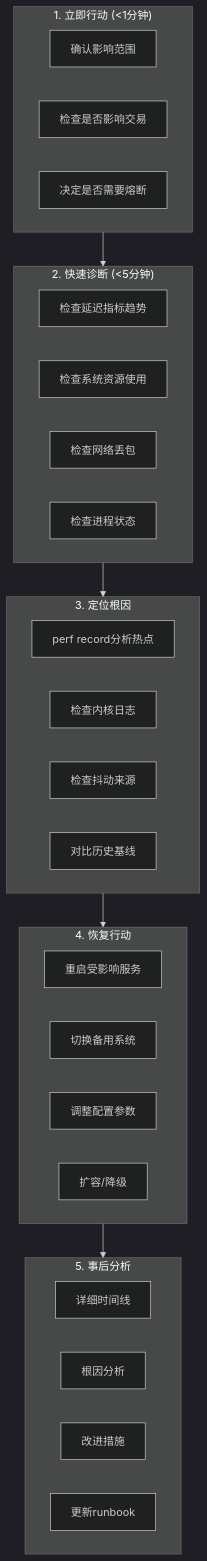
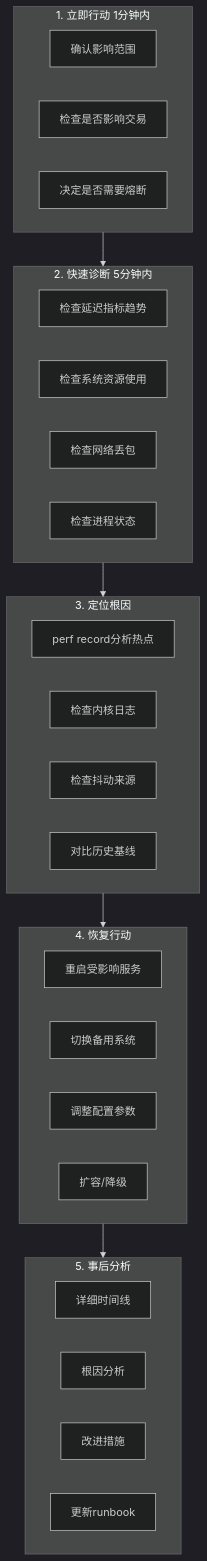
One commit to jpixy/jpixy.github.io changed the diagram in content/articles/sre/sre-60-低延迟系统运维指南.md. Above: the diagram before and after it, drawn with Mermaid (dark theme). The commit also changed 66 other files, not shown here.

Commit message:
fix: resolve Mermaid syntax errors by removing parentheses in node labels

````diff
--- a/content/articles/sre/sre-60-低延迟系统运维指南.md
+++ b/content/articles/sre/sre-60-低延迟系统运维指南.md
@@ -899,38 +899,38 @@
 ```mermaid
 graph TB
-    subgraph P1["1. 立即行动 (<1分钟)"]
+    subgraph P1["1. 立即行动 1分钟内"]
         A1["确认影响范围"]
         A2["检查是否影响交易"]
         A3["决定是否需要熔断"]
     end
     
-    subgraph P2["2. 快速诊断 (<5分钟)"]
+    subgraph P2["2. 快速诊断 5分钟内"]
         B1["检查延迟指标趋势"]
         B2["检查系统资源使用"]
         B3["检查网络丢包"]
         B4["检查进程状态"]
     end
     
     subgraph P3["3. 定位根因"]
         C1["perf record分析热点"]
         C2["检查内核日志"]
         C3["检查抖动来源"]
         C4["对比历史基线"]
     end
     
     subgraph P4["4. 恢复行动"]
         D1["重启受影响服务"]
         D2["切换备用系统"]
         D3["调整配置参数"]
         D4["扩容/降级"]
     end
     
     subgraph P5["5. 事后分析"]
         E1["详细时间线"]
         E2["根因分析"]
         E3["改进措施"]
         E4["更新runbook"]
     end
     
     P1 --> P2 --> P3 --> P4 --> P5
 ```
````
